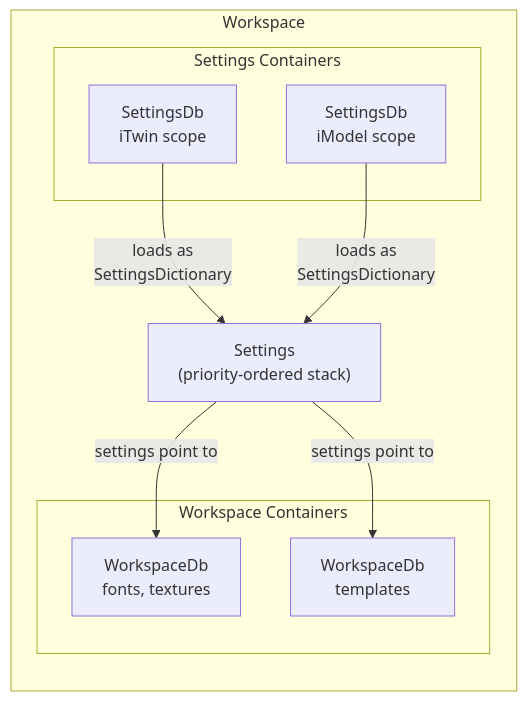
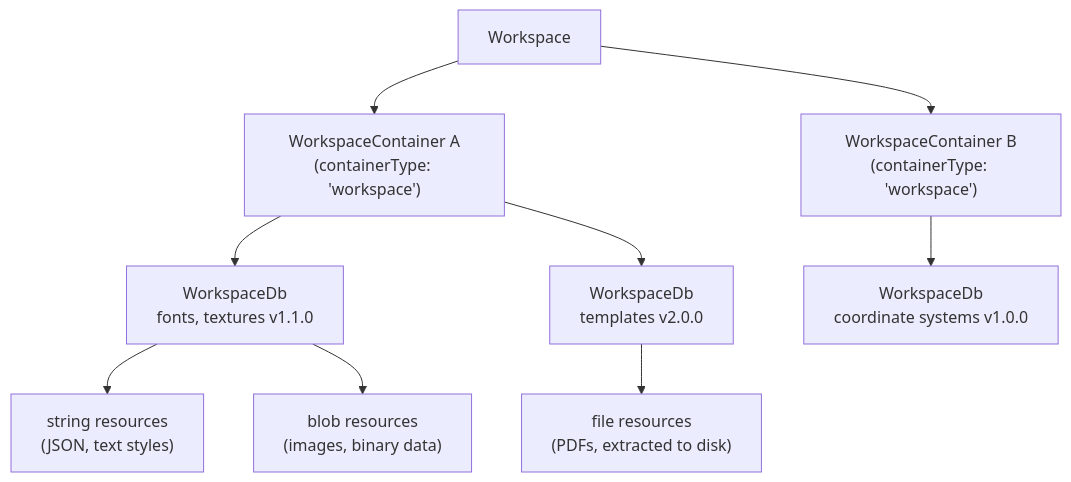
One commit to ehtick/itwinjs-core changed the diagram in docs/learning/backend/Workspace.md. Above: the diagram before and after it, drawn with Mermaid. The commit also changed other lines of this file and 11 other files, not shown here.

````diff
--- a/docs/learning/backend/Workspace.md
+++ b/docs/learning/backend/Workspace.md
@@ -5,19 +25,22 @@
 ```mermaid
-graph LR
-  subgraph Workspace
-    S["Settings<br/>(priority-ordered stack)"]
-    subgraph Settings Containers
-      SC1["SettingsDb<br/>iTwin scope"]
-      SC2["SettingsDb<br/>iModel scope"]
-    end
-    subgraph Workspace Containers
-      WC1["WorkspaceDb<br/>fonts, textures"]
-      WC2["WorkspaceDb<br/>templates"]
-    end
-  end
+graph TD
+    W["Workspace"]
+    WC1["WorkspaceContainer A<br/>(containerType: 'workspace')"]
+    WC2["WorkspaceContainer B<br/>(containerType: 'workspace')"]
+    DB1["WorkspaceDb<br/>fonts, textures v1.1.0"]
+    DB2["WorkspaceDb<br/>templates v2.0.0"]
+    DB3["WorkspaceDb<br/>coordinate systems v1.0.0"]
 
-  SC1 -->|"loads as<br/>SettingsDictionary"| S
-  SC2 -->|"loads as<br/>SettingsDictionary"| S
-  S -->|"settings point to"| WC1
-  S -->|"settings point to"| WC2
+    R1["string resources<br/>(JSON, text styles)"]
+    R2["blob resources<br/>(images, binary data)"]
+    R3["file resources<br/>(PDFs, extracted to disk)"]
+
+    W --> WC1
+    W --> WC2
+    WC1 --> DB1
+    WC1 --> DB2
+    WC2 --> DB3
+    DB1 --> R1
+    DB1 --> R2
+    DB2 --> R3
 ```
````
